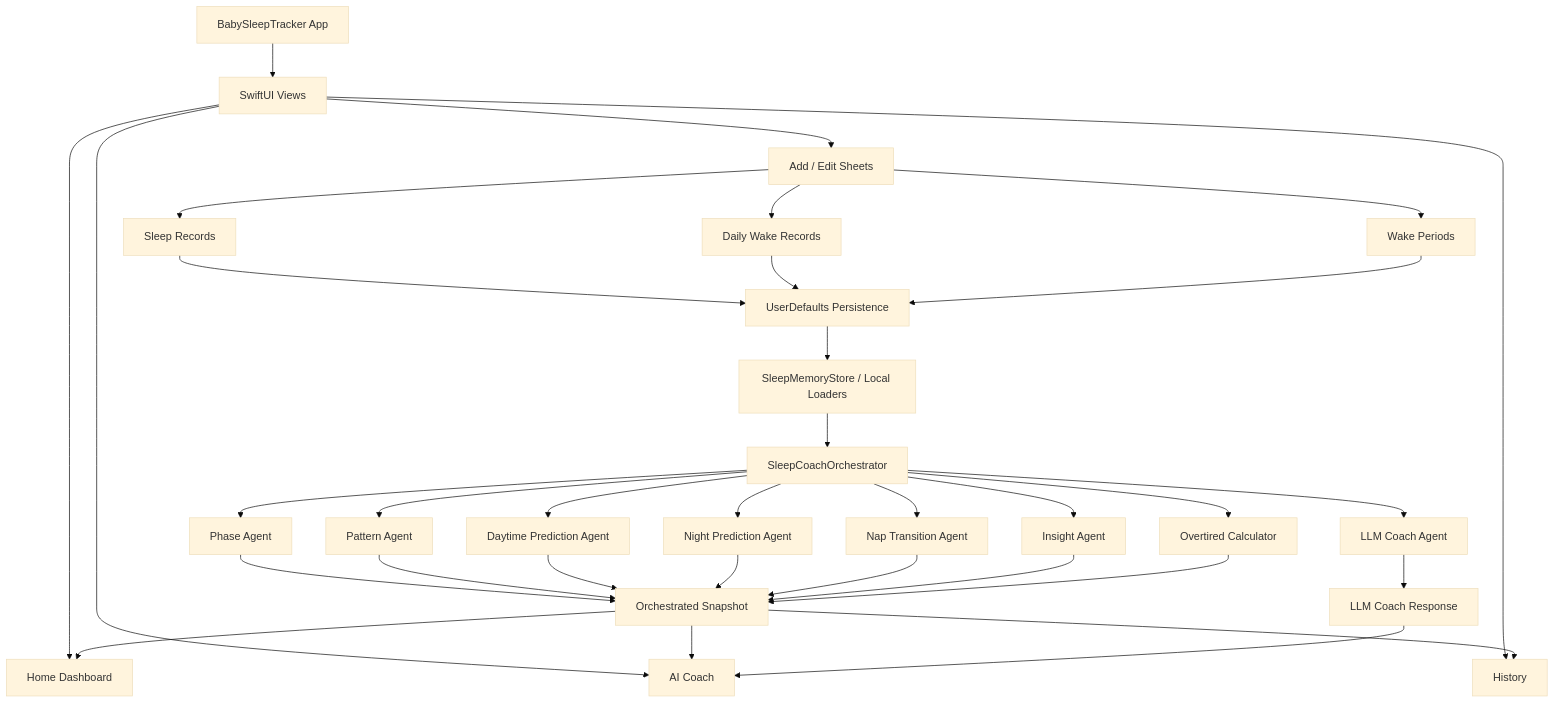
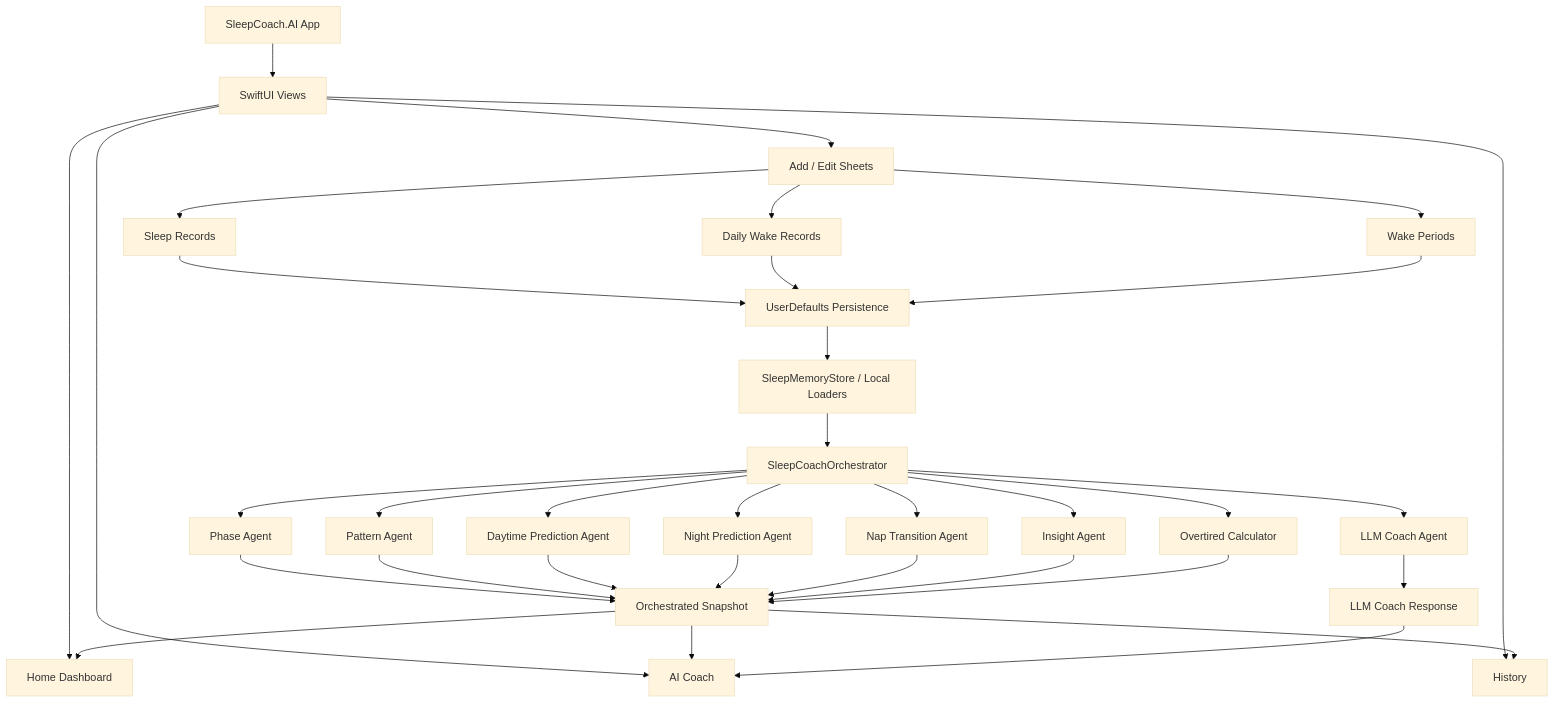
The first of 5 diagrams in README.md (busrayildiiz/SleepCoach.AI), drawn with Mermaid (base theme) before and after one commit. The commit also changed other lines of this file, not shown here.

````diff
--- a/README.md
+++ b/README.md
@@ -56,43 +82,43 @@
 ```mermaid
 flowchart TD
-    App[BabySleepTracker App] --> UI[SwiftUI Views]
+    App[SleepCoach.AI App] --> UI[SwiftUI Views]
 
     UI --> Home[Home Dashboard]
     UI --> Coach[AI Coach]
     UI --> History[History]
     UI --> Forms[Add / Edit Sheets]
 
     Forms --> Records[Sleep Records]
     Forms --> WakeRecords[Daily Wake Records]
     Forms --> Breaks[Wake Periods]
 
     Records --> Storage[UserDefaults Persistence]
     WakeRecords --> Storage
     Breaks --> Storage
 
     Storage --> Memory[SleepMemoryStore / Local Loaders]
     Memory --> Orchestrator[SleepCoachOrchestrator]
 
     Orchestrator --> PhaseAgent[Phase Agent]
     Orchestrator --> PatternAgent[Pattern Agent]
     Orchestrator --> DaytimeAgent[Daytime Prediction Agent]
     Orchestrator --> NightAgent[Night Prediction Agent]
     Orchestrator --> TransitionAgent[Nap Transition Agent]
     Orchestrator --> InsightAgent[Insight Agent]
     Orchestrator --> OvertiredCalc[Overtired Calculator]
     Orchestrator --> LLMAgent[LLM Coach Agent]
 
     PhaseAgent --> Snapshot[Orchestrated Snapshot]
     PatternAgent --> Snapshot
     DaytimeAgent --> Snapshot
     NightAgent --> Snapshot
     TransitionAgent --> Snapshot
     InsightAgent --> Snapshot
     OvertiredCalc --> Snapshot
     LLMAgent --> CoachResponse[LLM Coach Response]
 
     Snapshot --> Home
     Snapshot --> Coach
     Snapshot --> History
     CoachResponse --> Coach
 ```
````
